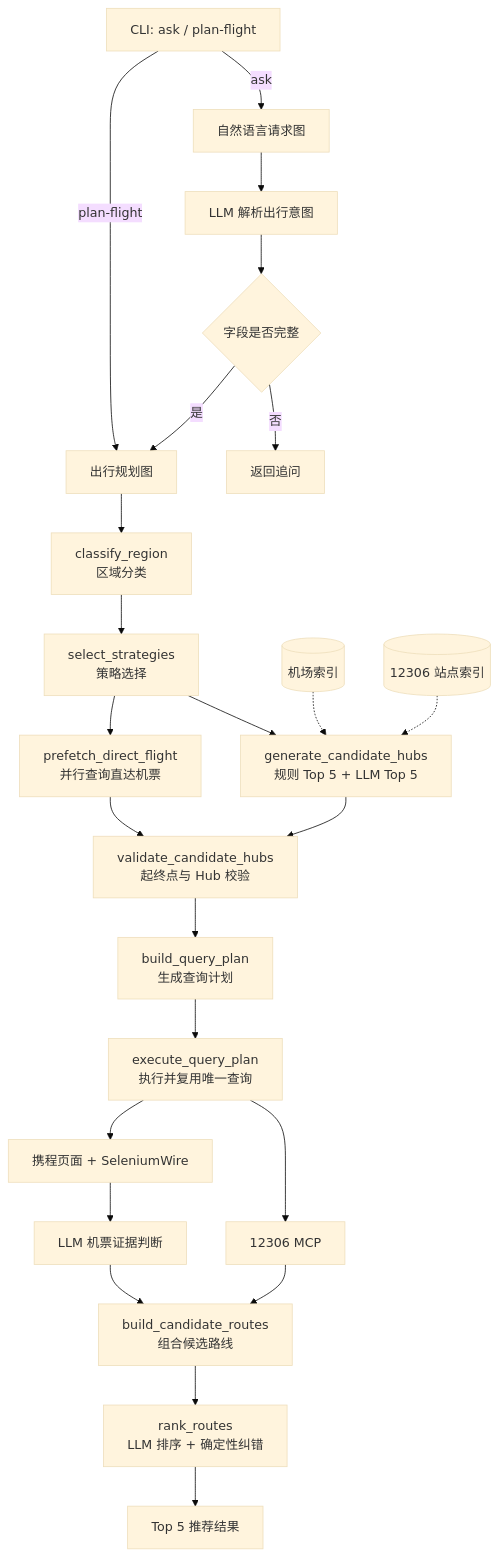
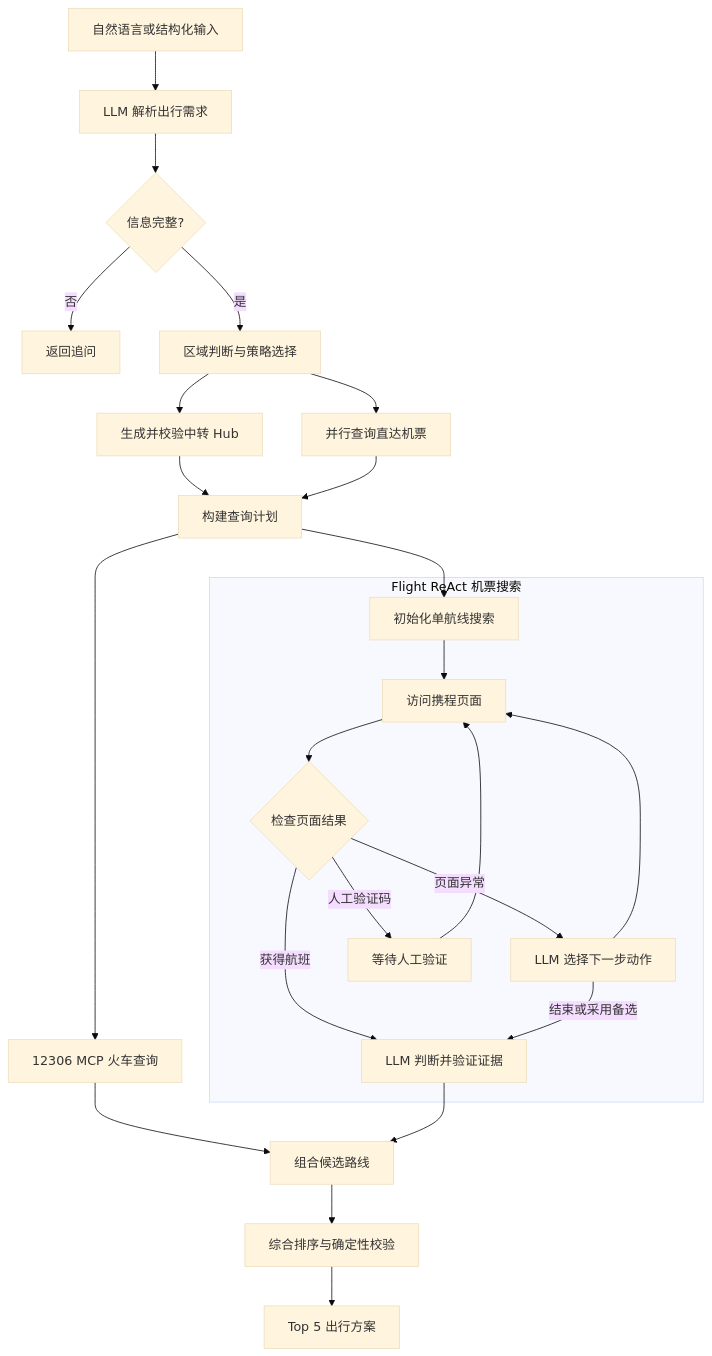
One commit to gplatinum23/Ticketbot changed the diagram in README.md. Above: the diagram before and after it, drawn with Mermaid (base theme). The commit also changed other lines of this file and 9 other files, not shown here.

````diff
--- a/README.md
+++ b/README.md
@@ -16,35 +17,31 @@
 ```mermaid
 flowchart TD
-    CLI[CLI: ask / plan-flight]
+    User[自然语言或结构化输入] --> Intent[LLM 解析出行需求]
+    Intent --> Complete{信息完整?}
+    Complete -->|否| Clarify[返回追问]
+    Complete -->|是| Strategy[区域判断与策略选择]
 
-    CLI -->|ask| RequestGraph[自然语言请求图]
-    CLI -->|plan-flight| TravelGraph[出行规划图]
+    Strategy --> Hubs[生成并校验中转 Hub]
+    Strategy --> Direct[并行查询直达机票]
+    Hubs --> Plan[构建查询计划]
+    Direct --> Plan
 
-    RequestGraph --> ParseIntent[LLM 解析出行意图]
-    ParseIntent --> CheckIntent{字段是否完整}
-    CheckIntent -->|否| Clarify[返回追问]
-    CheckIntent -->|是| TravelGraph
+    Plan --> Train[12306 MCP 火车查询]
+    Plan --> Init
 
-    TravelGraph --> Classify[classify_region<br/>区域分类]
-    Classify --> Strategy[select_strategies<br/>策略选择]
+    subgraph React[Flight ReAct 机票搜索]
+        Init[初始化单航线搜索] --> Ctrip[访问携程页面]
+        Ctrip --> Observe{检查页面结果}
+        Observe -->|获得航班| Evidence[LLM 判断并验证证据]
+        Observe -->|页面异常| Decide[LLM 选择下一步动作]
+        Observe -->|人工验证码| Human[等待人工验证]
+        Decide --> Ctrip
+        Human --> Ctrip
+        Decide -->|结束或采用备选| Evidence
+    end
 
-    Strategy --> Hub[generate_candidate_hubs<br/>规则 Top 5 + LLM Top 5]
-    Strategy --> DirectFlight[prefetch_direct_flight<br/>并行查询直达机票]
-
-    AirportIndex[(机场索引)] -.-> Hub
-    StationIndex[(12306 站点索引)] -.-> Hub
-    Hub --> ValidateHub[validate_candidate_hubs<br/>起终点与 Hub 校验]
-    DirectFlight --> ValidateHub
-
-    ValidateHub --> QueryPlan[build_query_plan<br/>生成查询计划]
-    QueryPlan --> Execute[execute_query_plan<br/>执行并复用唯一查询]
-
-    Execute --> TrainProvider[12306 MCP]
-    Execute --> FlightProvider[携程页面 + SeleniumWire]
-    FlightProvider --> Evidence[LLM 机票证据判断]
-
-    TrainProvider --> RouteBuilder[build_candidate_routes<br/>组合候选路线]
-    Evidence --> RouteBuilder
-    RouteBuilder --> Rank[rank_routes<br/>LLM 排序 + 确定性纠错]
-    Rank --> Result[Top 5 推荐结果]
+    Train --> Routes[组合候选路线]
+    Evidence --> Routes
+    Routes --> Rank[综合排序与确定性校验]
+    Rank --> Result[Top 5 出行方案]
 ```
````
